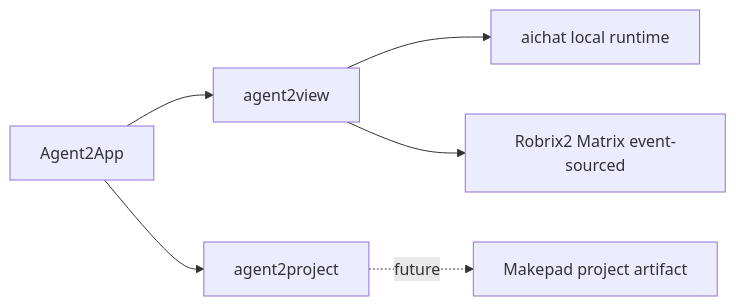
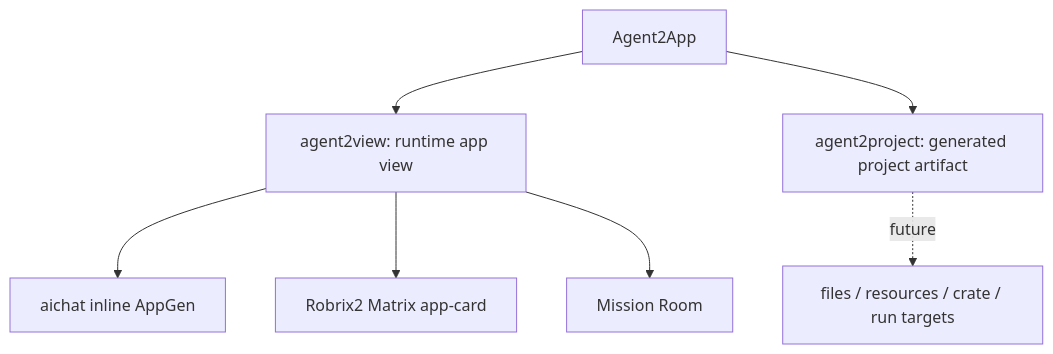
The first of 2 diagrams in examples/aichat/specs/agent2app-book-en/src/preface.md (ZhangHanDong/makepad), drawn with Mermaid before and after one commit. The commit also changed other lines of this file and 37 other files, not shown here.

Commit message:
Document agent2app aichat rollout

````diff
--- a/examples/aichat/specs/agent2app-book-en/src/preface.md
+++ b/examples/aichat/specs/agent2app-book-en/src/preface.md
@@ -16,8 +10,12 @@
 ```mermaid
-flowchart LR
-    A[Agent2App] --> B[agent2view]
-    A --> C[agent2project]
-    B --> D[aichat local runtime]
-    B --> E[Robrix2 Matrix event-sourced]
-    C -. future .-> F[Makepad project artifact]
+flowchart TB
+    A[Agent2App]
+    A --> V[agent2view: runtime app view]
+    A --> P[agent2project: generated project artifact]
+
+    V --> C[aichat inline AppGen]
+    V --> R[Robrix2 Matrix app-card]
+    V --> M[Mission Room]
+
+    P -. future .-> F[files / resources / crate / run targets]
 ```
````
